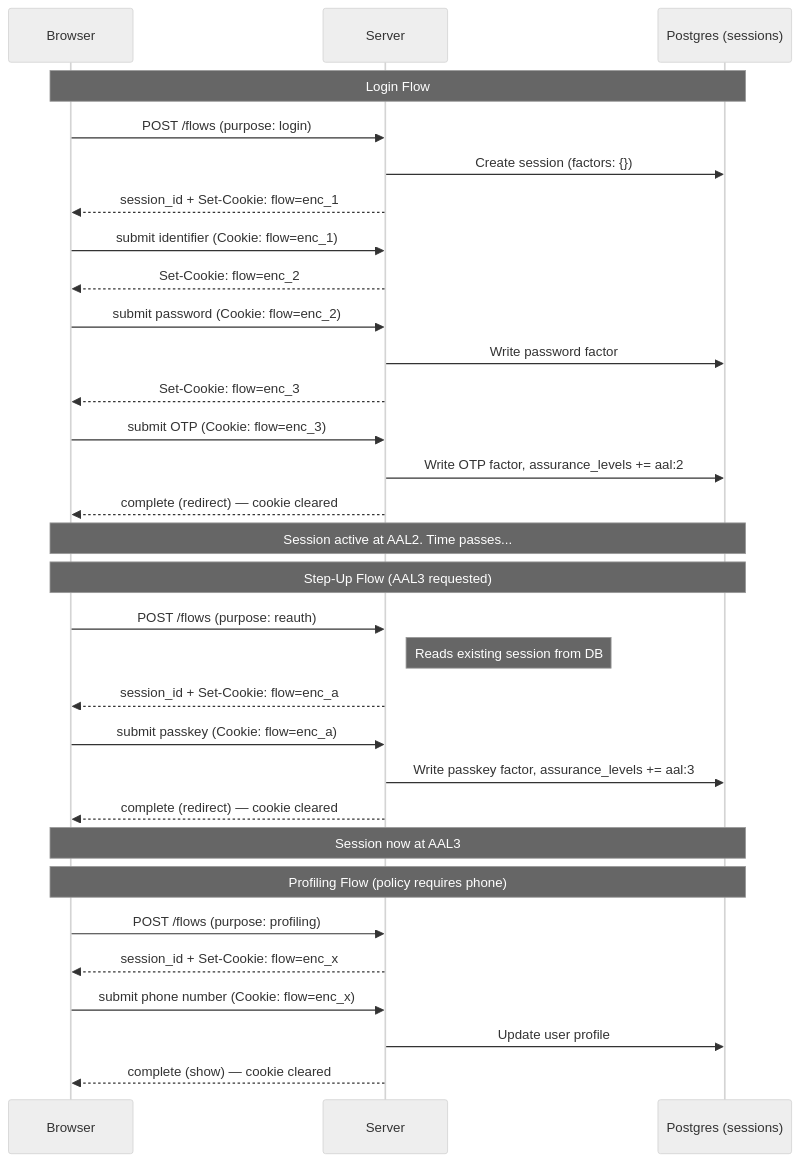
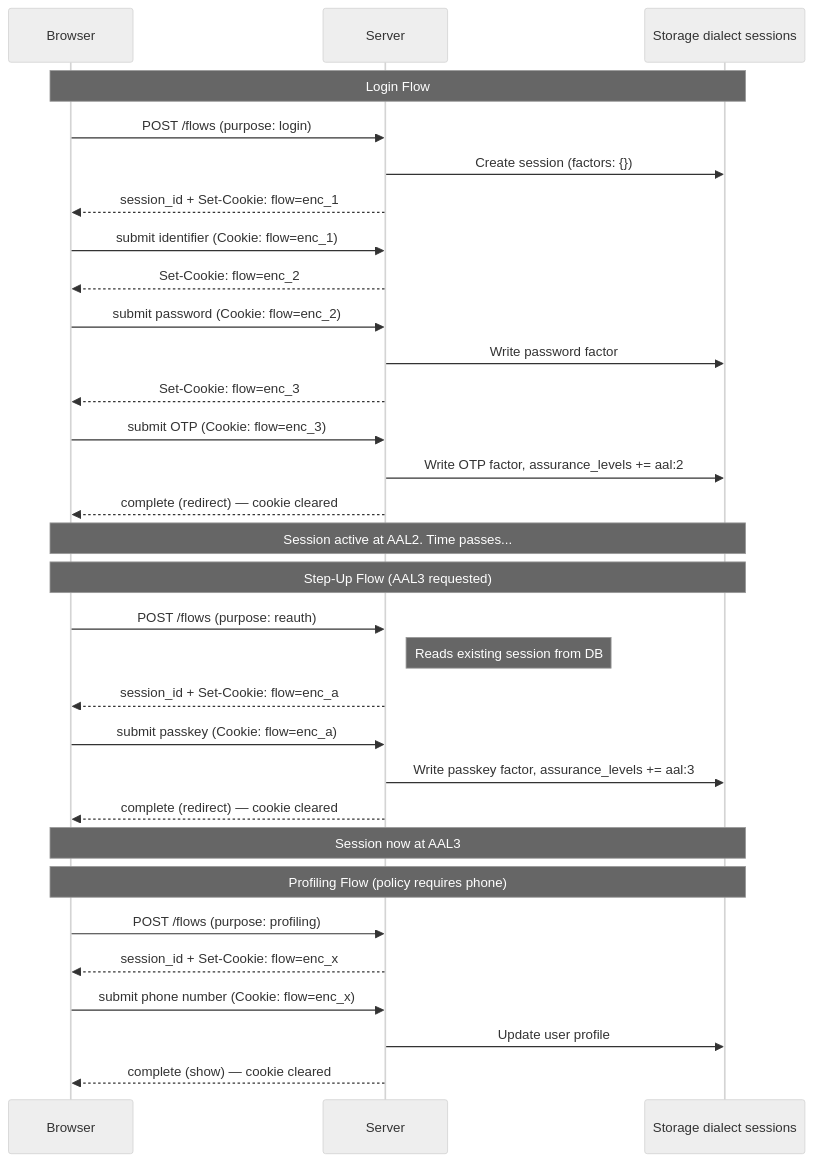
Before and after one commit to zitadel/nextgen: the diagram in docs/design/flowengine/flow-engine-storage.md, drawn with Mermaid (neutral theme). The commit also changed other lines of this file and 23 other files, not shown here.

````diff
--- a/docs/design/flowengine/flow-engine-storage.md
+++ b/docs/design/flowengine/flow-engine-storage.md
@@ -15,38 +15,38 @@
 ```mermaid
 sequenceDiagram
     participant Browser
     participant Server
-    participant DB as Postgres (sessions)
+    participant DB as Storage dialect sessions
 
     Note over Browser,DB: Login Flow
     Browser->>Server: POST /flows (purpose: login)
     Server->>DB: Create session (factors: {})
     Server-->>Browser: session_id + Set-Cookie: flow=enc_1
     Browser->>Server: submit identifier (Cookie: flow=enc_1)
     Server-->>Browser: Set-Cookie: flow=enc_2
     Browser->>Server: submit password (Cookie: flow=enc_2)
     Server->>DB: Write password factor
     Server-->>Browser: Set-Cookie: flow=enc_3
     Browser->>Server: submit OTP (Cookie: flow=enc_3)
     Server->>DB: Write OTP factor, assurance_levels += aal:2
     Server-->>Browser: complete (redirect) — cookie cleared
 
     Note over Browser,DB: Session active at AAL2. Time passes...
 
     Note over Browser,DB: Step-Up Flow (AAL3 requested)
     Browser->>Server: POST /flows (purpose: reauth)
     Note right of Server: Reads existing session from DB
     Server-->>Browser: session_id + Set-Cookie: flow=enc_a
     Browser->>Server: submit passkey (Cookie: flow=enc_a)
     Server->>DB: Write passkey factor, assurance_levels += aal:3
     Server-->>Browser: complete (redirect) — cookie cleared
 
     Note over Browser,DB: Session now at AAL3
 
     Note over Browser,DB: Profiling Flow (policy requires phone)
     Browser->>Server: POST /flows (purpose: profiling)
     Server-->>Browser: session_id + Set-Cookie: flow=enc_x
     Browser->>Server: submit phone number (Cookie: flow=enc_x)
     Server->>DB: Update user profile
     Server-->>Browser: complete (show) — cookie cleared
 ```
````
